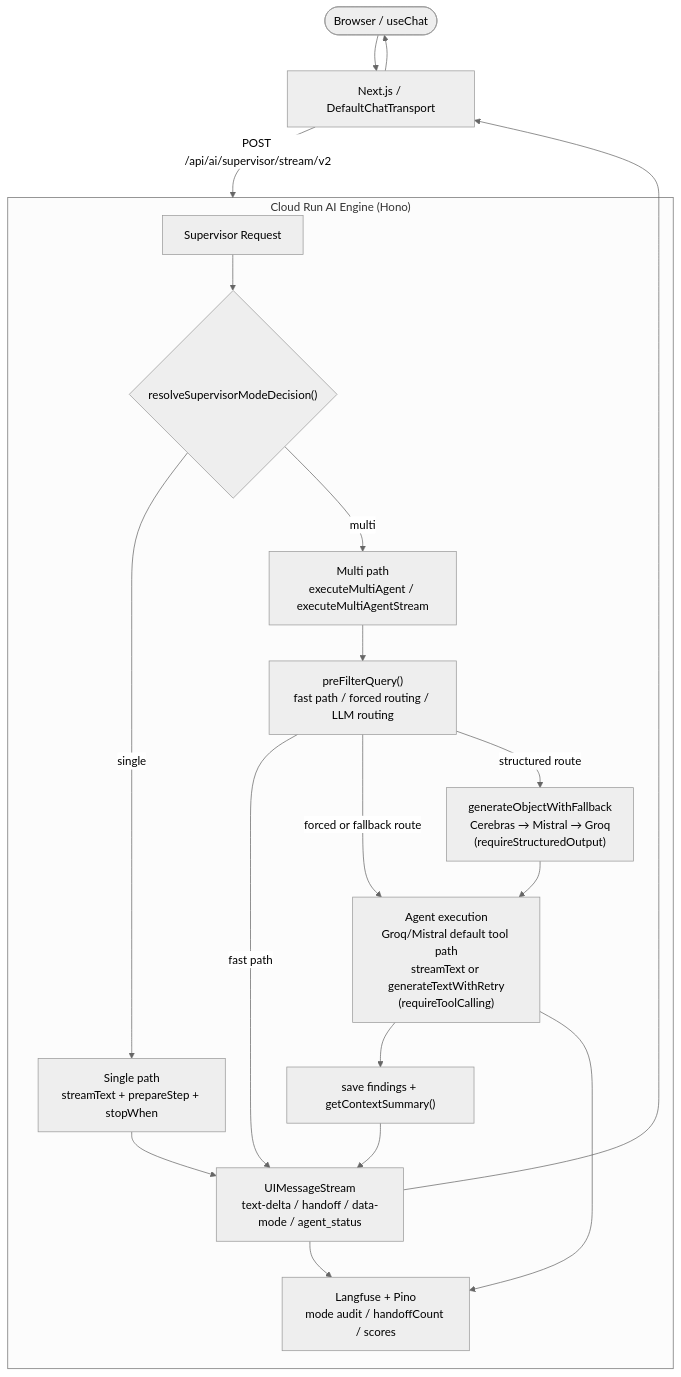
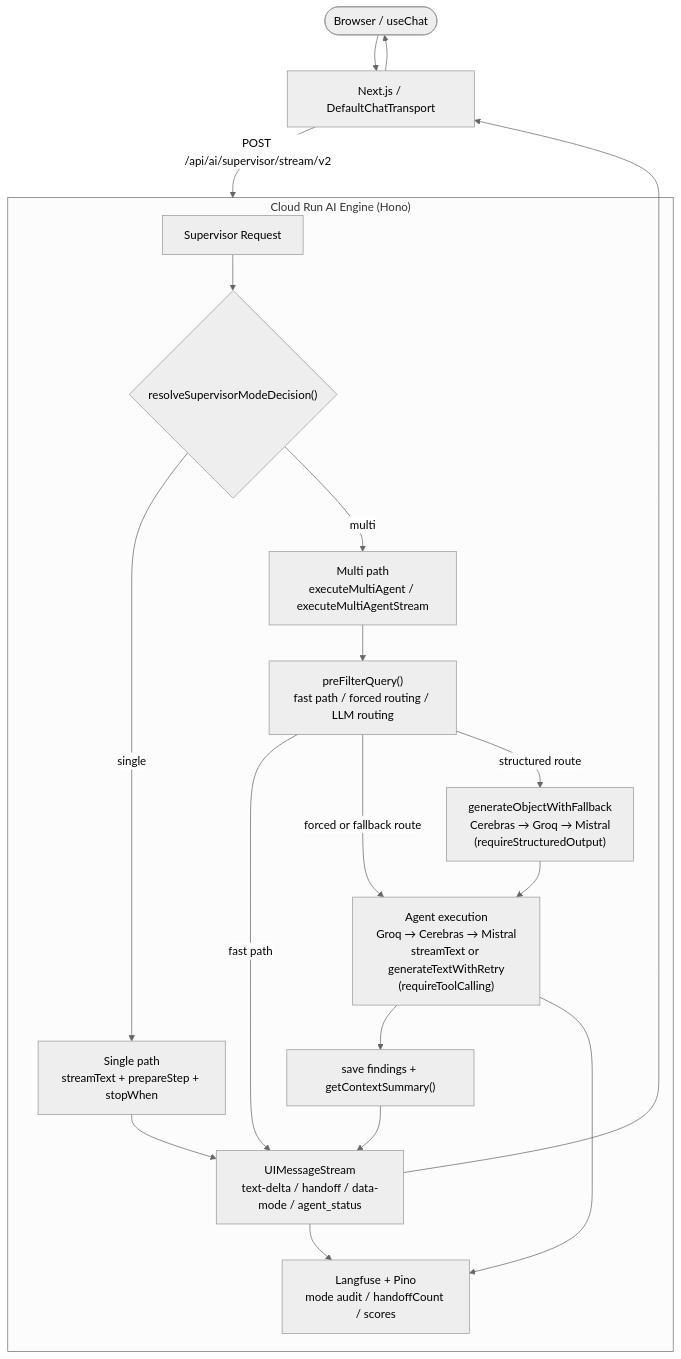
Before and after one commit to skyasu2/openmanager-ai: the first of 2 diagrams in docs/reference/architecture/ai/ai-engine-architecture.md, drawn with Mermaid (neutral theme). The commit also changed other lines of this file and 9 other files, not shown here.

````diff
--- a/docs/reference/architecture/ai/ai-engine-architecture.md
+++ b/docs/reference/architecture/ai/ai-engine-architecture.md
@@ -90,34 +90,34 @@
 ```mermaid
 flowchart TB
     User([Browser / useChat]) --> Vercel["Next.js / DefaultChatTransport"]
     Vercel -->|POST /api/ai/supervisor/stream/v2| CR
 
     subgraph CR["Cloud Run AI Engine (Hono)"]
         Entry["Supervisor Request"]
         Mode{"resolveSupervisorModeDecision()"}
         Single["Single path\nstreamText + prepareStep + stopWhen"]
         Multi["Multi path\nexecuteMultiAgent / executeMultiAgentStream"]
         Prefilter["preFilterQuery()\nfast path / forced routing / LLM routing"]
-        Route["generateObjectWithFallback\nCerebras → Mistral → Groq\n(requireStructuredOutput)"]
-        Agent["Agent execution\nGroq/Mistral default tool path\nstreamText or generateTextWithRetry\n(requireToolCalling)"]
+        Route["generateObjectWithFallback\nCerebras → Groq → Mistral\n(requireStructuredOutput)"]
+        Agent["Agent execution\nGroq → Cerebras → Mistral\nstreamText or generateTextWithRetry\n(requireToolCalling)"]
         Context["save findings + getContextSummary()"]
         Stream["UIMessageStream\ntext-delta / handoff / data-mode / agent_status"]
         Trace["Langfuse + Pino\nmode audit / handoffCount / scores"]
 
         Entry --> Mode
         Mode -->|single| Single
         Mode -->|multi| Multi
         Multi --> Prefilter
         Prefilter -->|fast path| Stream
         Prefilter -->|forced or fallback route| Agent
         Prefilter -->|structured route| Route
         Route --> Agent
         Agent --> Context
         Context --> Stream
         Single --> Stream
         Stream --> Trace
         Agent --> Trace
     end
 
     Stream --> Vercel --> User
 ```
````
